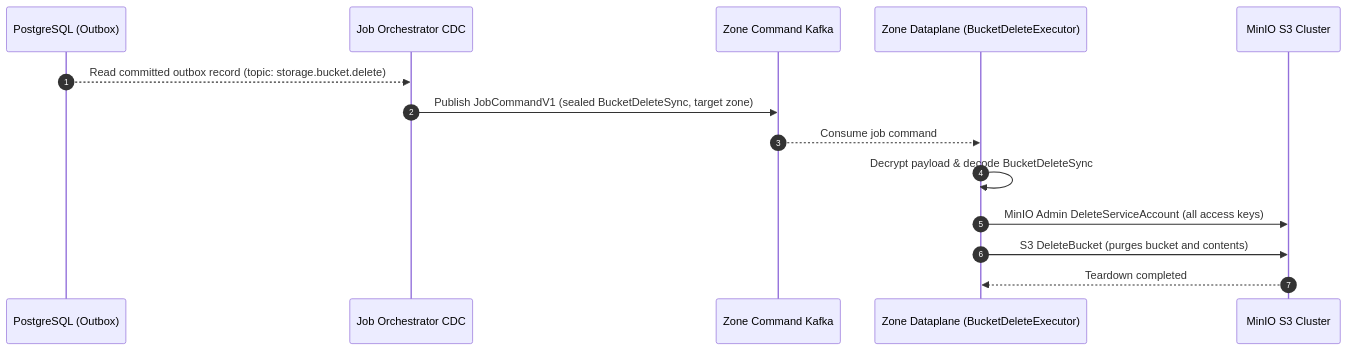
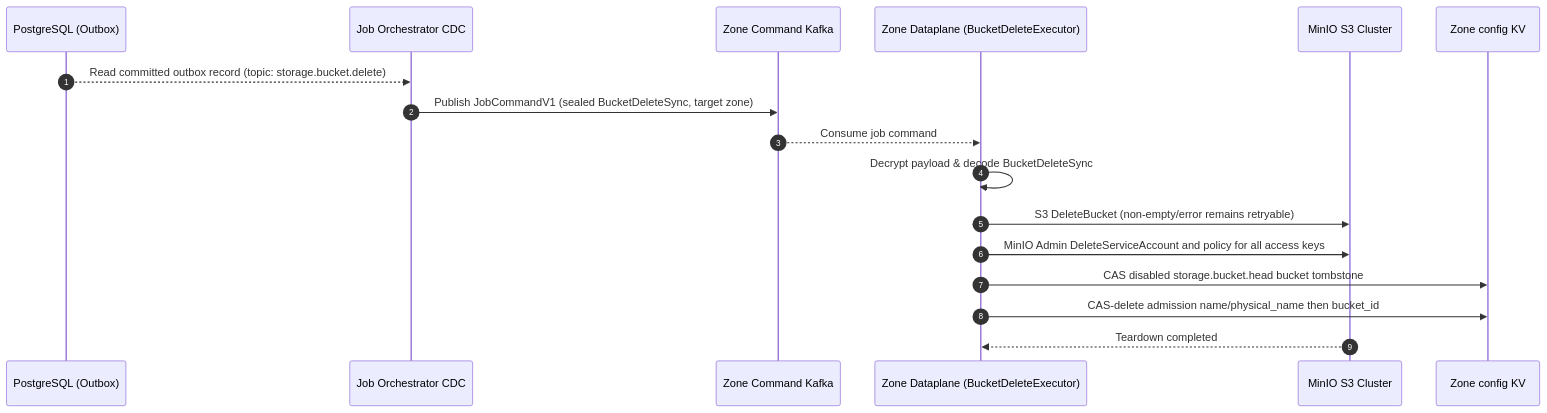
One commit to phucle996/aurora changed the third of 6 diagrams in god_view/storage/tenant_bucket_delete_god_view_workflow.md. Above: the diagram before and after it, drawn with Mermaid. The commit also changed other lines of this file and 94 other files, not shown here.

Commit message:
feat(storage): move runtime reads and admission to zone authority

````diff
--- a/god_view/storage/tenant_bucket_delete_god_view_workflow.md
+++ b/god_view/storage/tenant_bucket_delete_god_view_workflow.md
@@ -174,17 +189,20 @@
 ```mermaid
 sequenceDiagram
     autonumber
     participant PG as PostgreSQL (Outbox)
     participant JO as Job Orchestrator CDC
     participant KafkaCmd as Zone Command Kafka
     participant DP as Zone Dataplane (BucketDeleteExecutor)
     participant MinIO as MinIO S3 Cluster
+    participant KV as Zone config KV
 
     PG-->>JO: Read committed outbox record (topic: storage.bucket.delete)
     JO->>KafkaCmd: Publish JobCommandV1 (sealed BucketDeleteSync, target zone)
     KafkaCmd-->>DP: Consume job command
     DP->>DP: Decrypt payload & decode BucketDeleteSync
-    DP->>MinIO: MinIO Admin DeleteServiceAccount (all access keys)
-    DP->>MinIO: S3 DeleteBucket (purges bucket and contents)
+    DP->>MinIO: S3 DeleteBucket (non-empty/error remains retryable)
+    DP->>MinIO: MinIO Admin DeleteServiceAccount and policy for all access keys
+    DP->>KV: CAS disabled storage.bucket.head bucket tombstone
+    DP->>KV: CAS-delete admission name/physical_name then bucket_id
     MinIO-->>DP: Teardown completed
 ```
````
